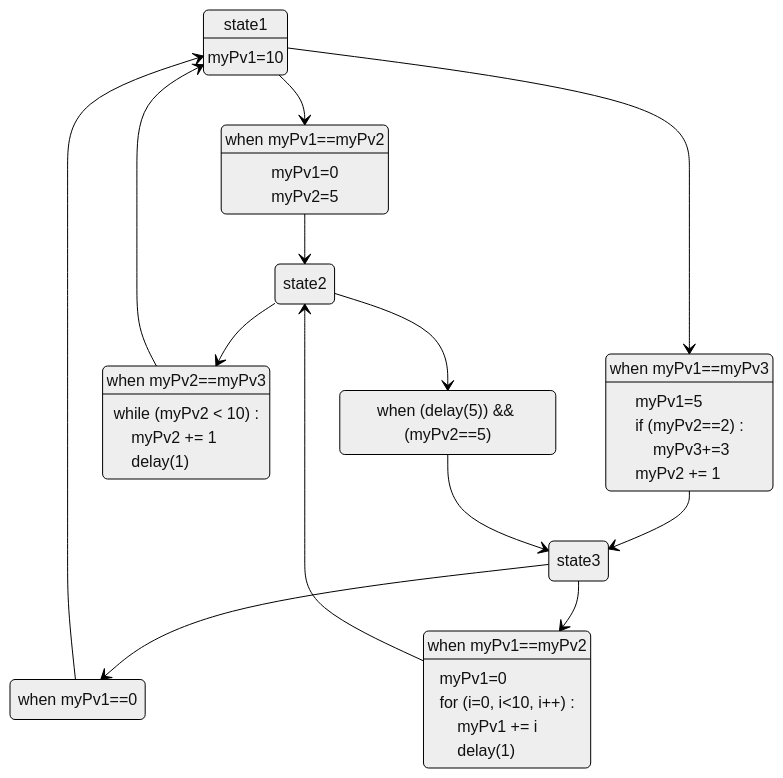
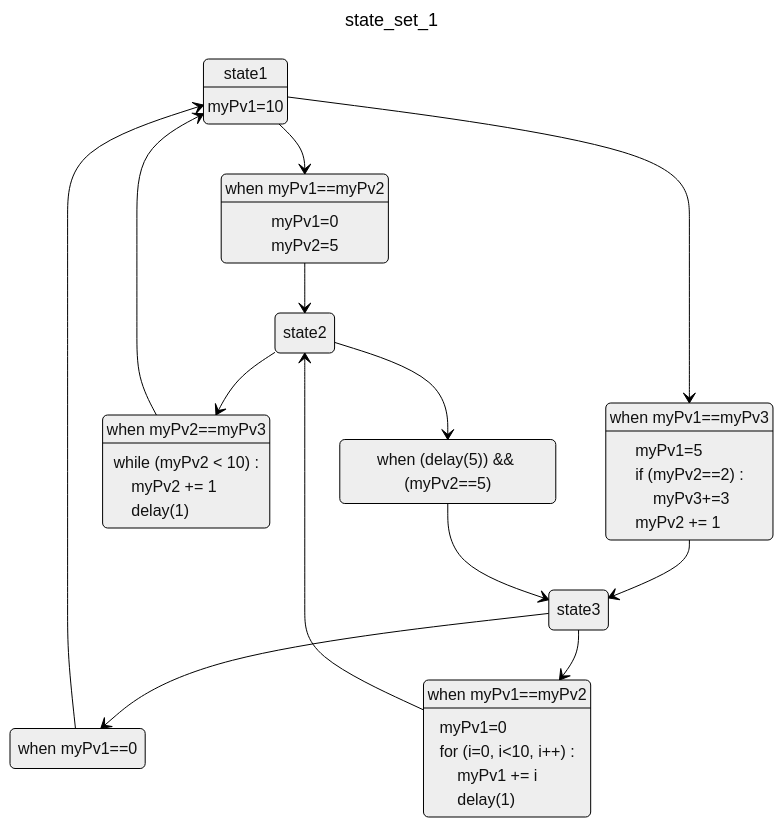
One commit to gabriel-desmarchelier/plasma changed the diagram in README.md. Above: the diagram before and after it, drawn with Mermaid (neutral theme). The commit also changed other lines of this file and 1 other file, not shown here.

Commit message:
state_set name is now the title of the graph

````diff
--- a/README.md
+++ b/README.md
@@ -122,49 +122,52 @@
 ```mermaid
+---
+title: state_set_1
+---
 stateDiagram
     classDef state_style fill:#FFFAAA,stroke:black,color:black
     classDef transition_style fill:#CFFFA0,stroke:black,color:black
     state1:::state_style
     state1 : state1
     state1:  myPv1=10
     state1_transition_1:::transition_style
     state1 -->state1_transition_1
     state1_transition_1 : when myPv1==myPv2
     state1_transition_1:  myPv1=0
     state1_transition_1:  myPv2=5
     state1_transition_1 -->state2
     state1_transition_2:::transition_style
     state1 -->state1_transition_2
     state1_transition_2 : when myPv1==myPv3
     state1_transition_2:  myPv1=5
     state1_transition_2 :  if (myPv2==2) #colon; 
     state1_transition_2: #nbsp; #nbsp;  myPv3+=3
     state1_transition_2:  myPv2 += 1
     state1_transition_2 -->state3
     state2:::state_style
     state2 : state2
     state2_transition_1:::transition_style
     state2 -->state2_transition_1
     state2_transition_1 : when myPv2==myPv3
     state2_transition_1 :  while (myPv2 < 10) #colon; 
     state2_transition_1: #nbsp; #nbsp;  myPv2 += 1
     state2_transition_1: #nbsp; #nbsp;  delay(1)
     state2_transition_1 -->state1
     state2_transition_2:::transition_style
     state2 -->state2_transition_2
     state2_transition_2 : when (delay(5)) && (myPv2==5)
     state2_transition_2 -->state3
     state3:::state_style
     state3 : state3
     state3_transition_1:::transition_style
     state3 -->state3_transition_1
     state3_transition_1 : when myPv1==0
     state3_transition_1 -->state1
     state3_transition_2:::transition_style
     state3 -->state3_transition_2
     state3_transition_2 : when myPv1==myPv2
     state3_transition_2:  myPv1=0
     state3_transition_2 :  for (i=0, i<10, i++) #colon; 
     state3_transition_2: #nbsp; #nbsp;  myPv1 += i
     state3_transition_2: #nbsp; #nbsp;  delay(1)
     state3_transition_2 -->state2
 ```
````
